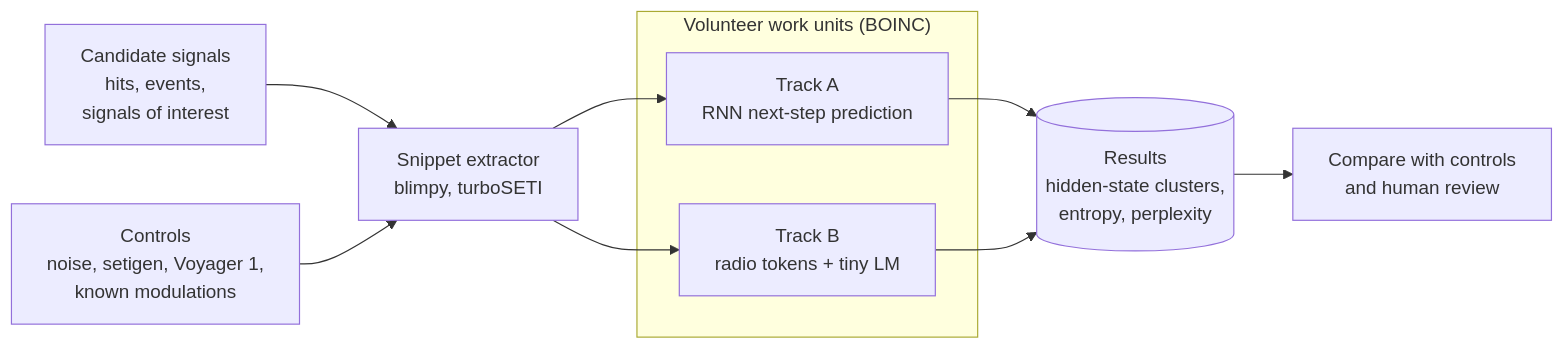
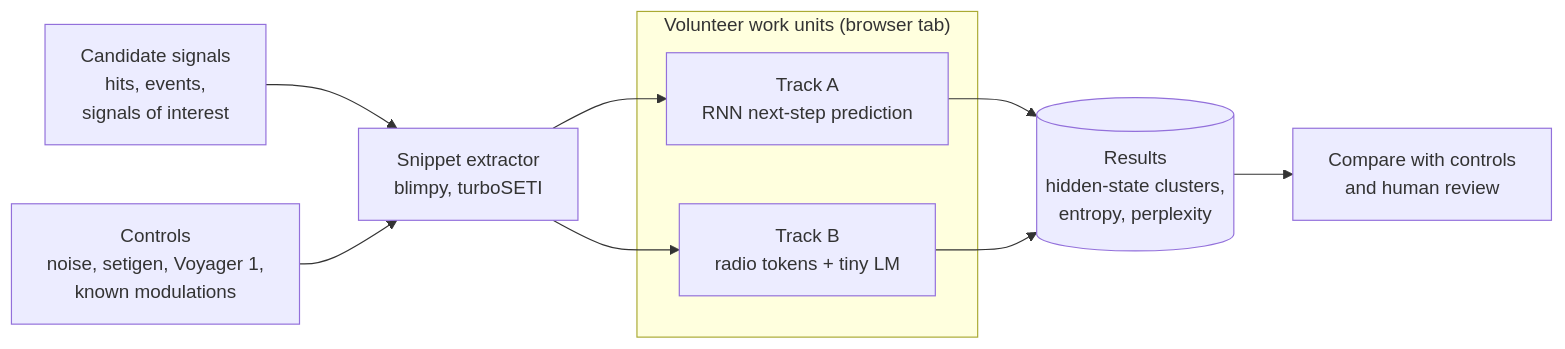
Before and after one commit to davidmdrpi/EIatHome: the diagram in README.md, drawn with Mermaid. The commit also changed other lines of this file and 26 other files, not shown here.

````diff
--- a/README.md
+++ b/README.md
@@ -212,22 +219,22 @@
 ```mermaid
 flowchart LR
     CAND["Candidate signals<br/>hits, events,<br/>signals of interest"]
     CTRL["Controls<br/>noise, setigen, Voyager 1,<br/>known modulations"]
     SNIP["Snippet extractor<br/>blimpy, turboSETI"]
 
-    subgraph WU["Volunteer work units (BOINC)"]
+    subgraph WU["Volunteer work units (browser tab)"]
         A["Track A<br/>RNN next-step prediction"]
         B["Track B<br/>radio tokens + tiny LM"]
     end
 
     RES[("Results<br/>hidden-state clusters,<br/>entropy, perplexity")]
     REV["Compare with controls<br/>and human review"]
 
     CAND --> SNIP
     CTRL --> SNIP
     SNIP --> A
     SNIP --> B
     A --> RES
     B --> RES
     RES --> REV
 ```
````
